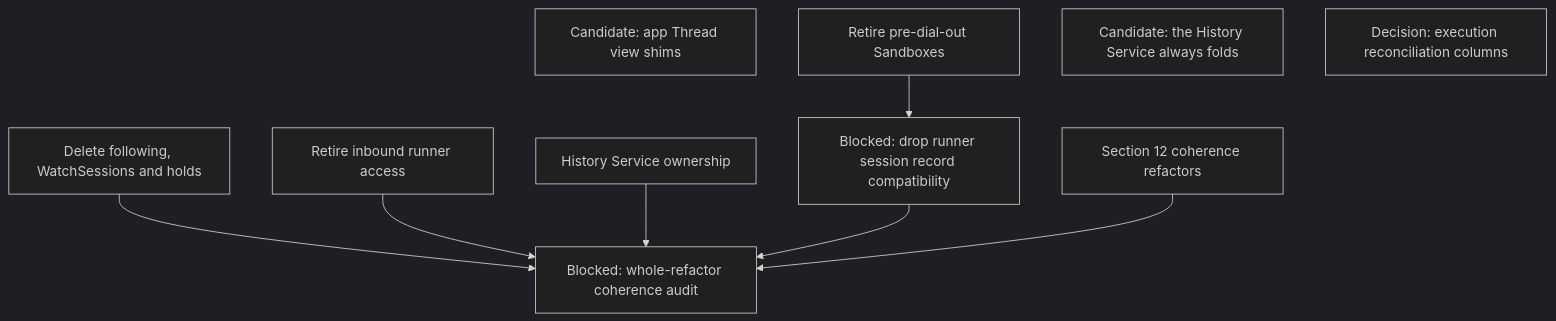
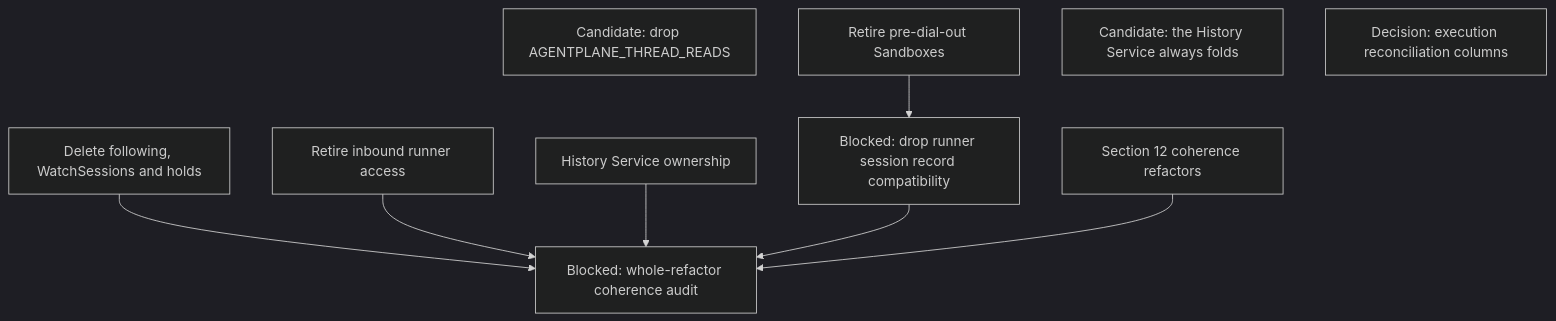
Before and after one commit to agentydragon/ducktape: diagram 11 of 13 in agentplane/plans/task_dag.md, drawn with Mermaid (dark theme). The commit also changed other lines of this file and 62 other files, not shown here.

First line of the commit message:
agentplane: move the Thread fold into the History Service (#10040)

````diff
--- a/agentplane/plans/task_dag.md
+++ b/agentplane/plans/task_dag.md
@@ -802,15 +802,15 @@
 ```mermaid
 flowchart TD
-    APP_THREAD_VIEW_CLEANUP[Candidate: app Thread view shims]
+    APP_THREAD_VIEW_CLEANUP[Candidate: drop AGENTPLANE_THREAD_READS]
     RUNNER_SESSION_RECORD_SHIMS[Blocked: drop runner session record compatibility]
     LEGACY_SANDBOX_RETIRE[Retire pre-dial-out Sandboxes]
     LEGACY_SANDBOX_RETIRE --> RUNNER_SESSION_RECORD_SHIMS
     HISTORY_FOLD_ALWAYS_ON[Candidate: the History Service always folds]
     ACTION_EXECUTION_AUDIT_TRIM[Decision: execution reconciliation columns]
     REFACTOR_COHERENCE_AUDIT[Blocked: whole-refactor coherence audit]
     FOLLOW_PATH_RETIRE[Delete following, WatchSessions and holds] --> REFACTOR_COHERENCE_AUDIT
     RUNNER_INBOUND_RETIRE[Retire inbound runner access] --> REFACTOR_COHERENCE_AUDIT
     HISTORY_SERVICE_OWNERSHIP[History Service ownership] --> REFACTOR_COHERENCE_AUDIT
     RUNNER_SESSION_RECORD_SHIMS --> REFACTOR_COHERENCE_AUDIT
     COHERENCE_REFACTORS[Section 12 coherence refactors] --> REFACTOR_COHERENCE_AUDIT
 ```
````
